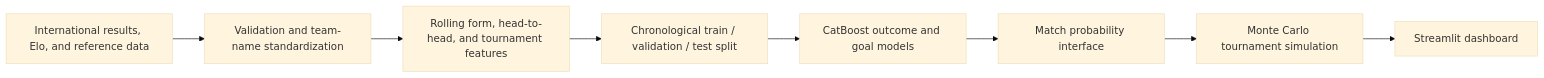
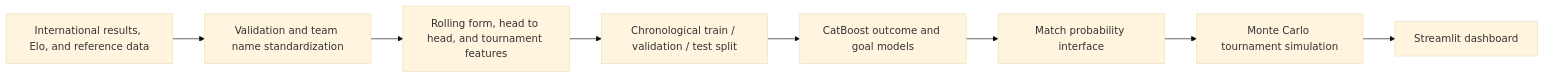
One commit to adeoluwa-4/wc26-predictor changed the diagram in README.md. Above: the diagram before and after it, drawn with Mermaid (base theme). The commit also changed other lines of this file, not shown here.

````diff
--- a/README.md
+++ b/README.md
@@ -19,10 +19,10 @@
 ```mermaid
 flowchart LR
-    A["International results, Elo, and reference data"] --> B["Validation and team-name standardization"]
-    B --> C["Rolling form, head-to-head, and tournament features"]
+    A["International results, Elo, and reference data"] --> B["Validation and team name standardization"]
+    B --> C["Rolling form, head to head, and tournament features"]
     C --> D["Chronological train / validation / test split"]
     D --> E["CatBoost outcome and goal models"]
     E --> F["Match probability interface"]
     F --> G["Monte Carlo tournament simulation"]
     G --> H["Streamlit dashboard"]
 ```
````
